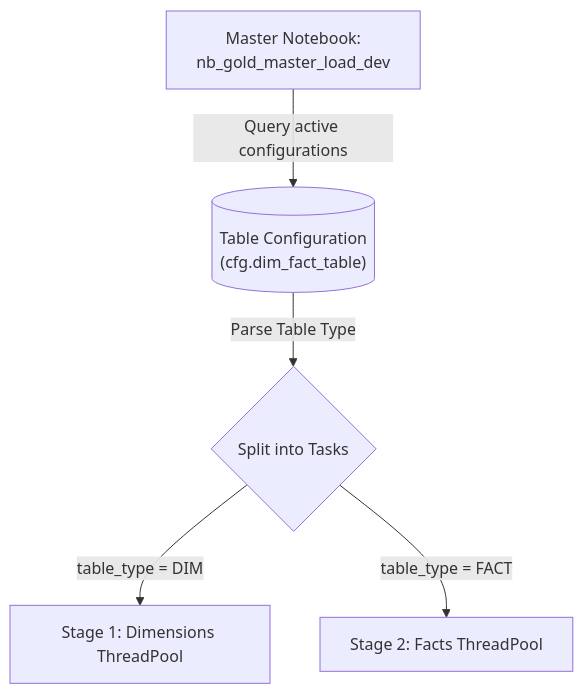
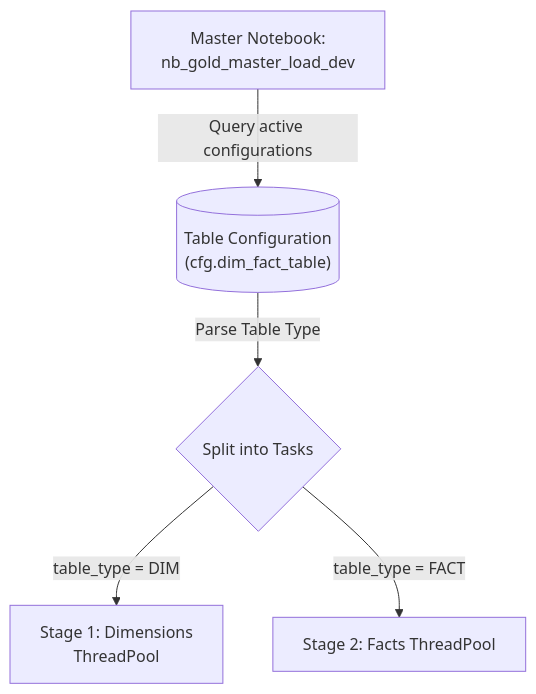
The first of 3 diagrams in docs/fabric-strategy-for-implementing-gold-layer/01-orchestration-and-concurrency.md (anhtnt90dev/rookies-data-dn-2026), drawn with Mermaid before and after one commit. The commit also changed other lines of this file and 58 other files, not shown here.

````diff
--- a/docs/fabric-strategy-for-implementing-gold-layer/01-orchestration-and-concurrency.md
+++ b/docs/fabric-strategy-for-implementing-gold-layer/01-orchestration-and-concurrency.md
@@ -11,7 +11,7 @@
 ```mermaid
 graph TD
     Master["Master Notebook:<br/>nb_gold_master_load_dev"] -->|Query active configurations| ConfigTable[("Table Configuration<br/>(cfg.dim_fact_table)")]
     ConfigTable -->|Parse Table Type| Stages{Split into Tasks}
-    Stages -->|table_type = DIM| Stage1["Stage 1: Dimensions ThreadPool"]
+    Stages -->|table_type = DIM| Stage1["Stage 1: Dimensions<br/>ThreadPool"]
     Stages -->|table_type = FACT| Stage2["Stage 2: Facts ThreadPool"]
 ```
````
